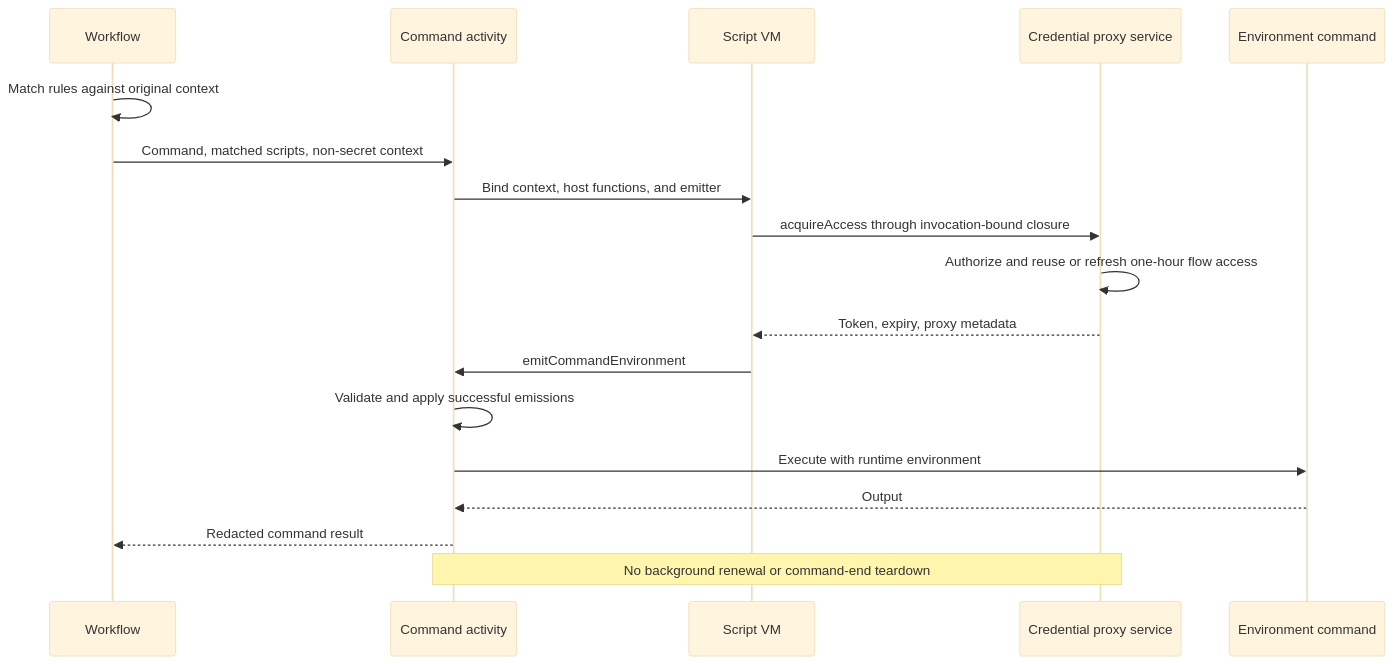
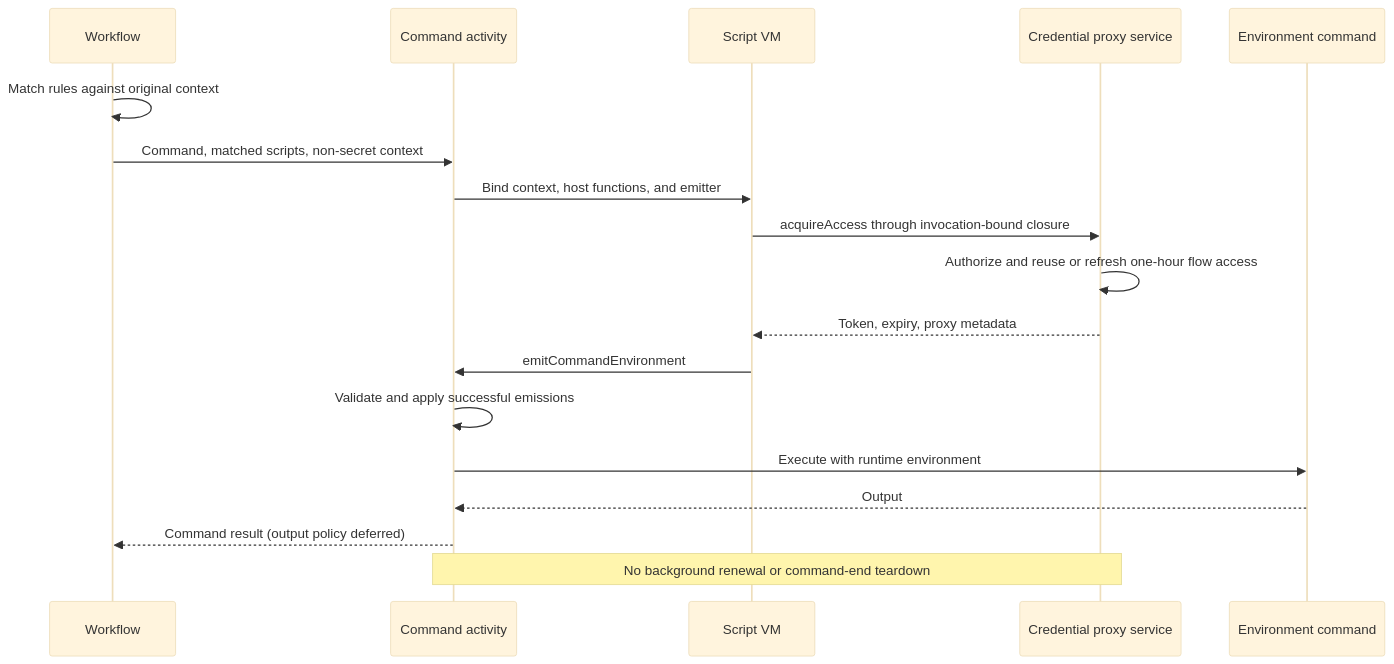
Before and after one commit to sidedotdev/sidekick: the diagram in intent/.generated/command_script_hooks.md, drawn with Mermaid (base theme). The commit also changed other lines of this file and 21 other files, not shown here.

````diff
--- a/intent/.generated/command_script_hooks.md
+++ b/intent/.generated/command_script_hooks.md
@@ -311,21 +307,21 @@
 ```mermaid
 sequenceDiagram
     participant W as Workflow
     participant A as Command activity
     participant J as Script VM
     participant P as Credential proxy service
     participant C as Environment command
 
     W->>W: Match rules against original context
     W->>A: Command, matched scripts, non-secret context
     A->>J: Bind context, host functions, and emitter
     J->>P: acquireAccess through invocation-bound closure
     P->>P: Authorize and reuse or refresh one-hour flow access
     P-->>J: Token, expiry, proxy metadata
     J->>A: emitCommandEnvironment
     A->>A: Validate and apply successful emissions
     A->>C: Execute with runtime environment
     C-->>A: Output
-    A-->>W: Redacted command result
+    A-->>W: Command result (output policy deferred)
     Note over A,P: No background renewal or command-end teardown
 ```
````
